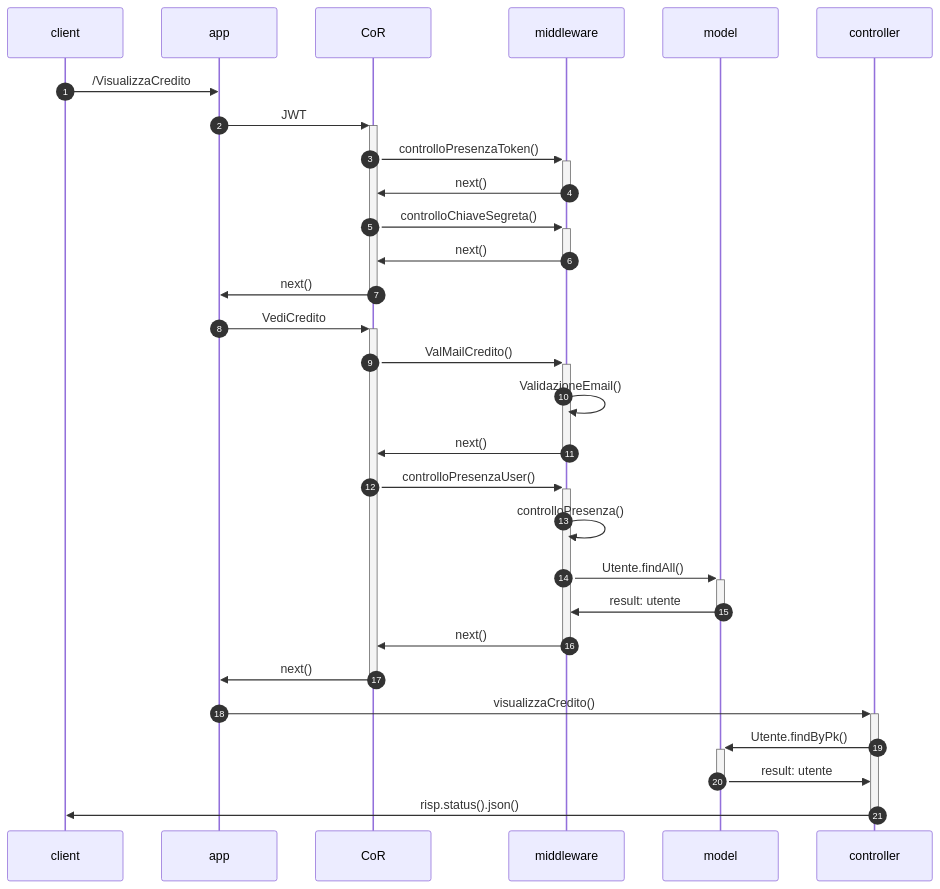
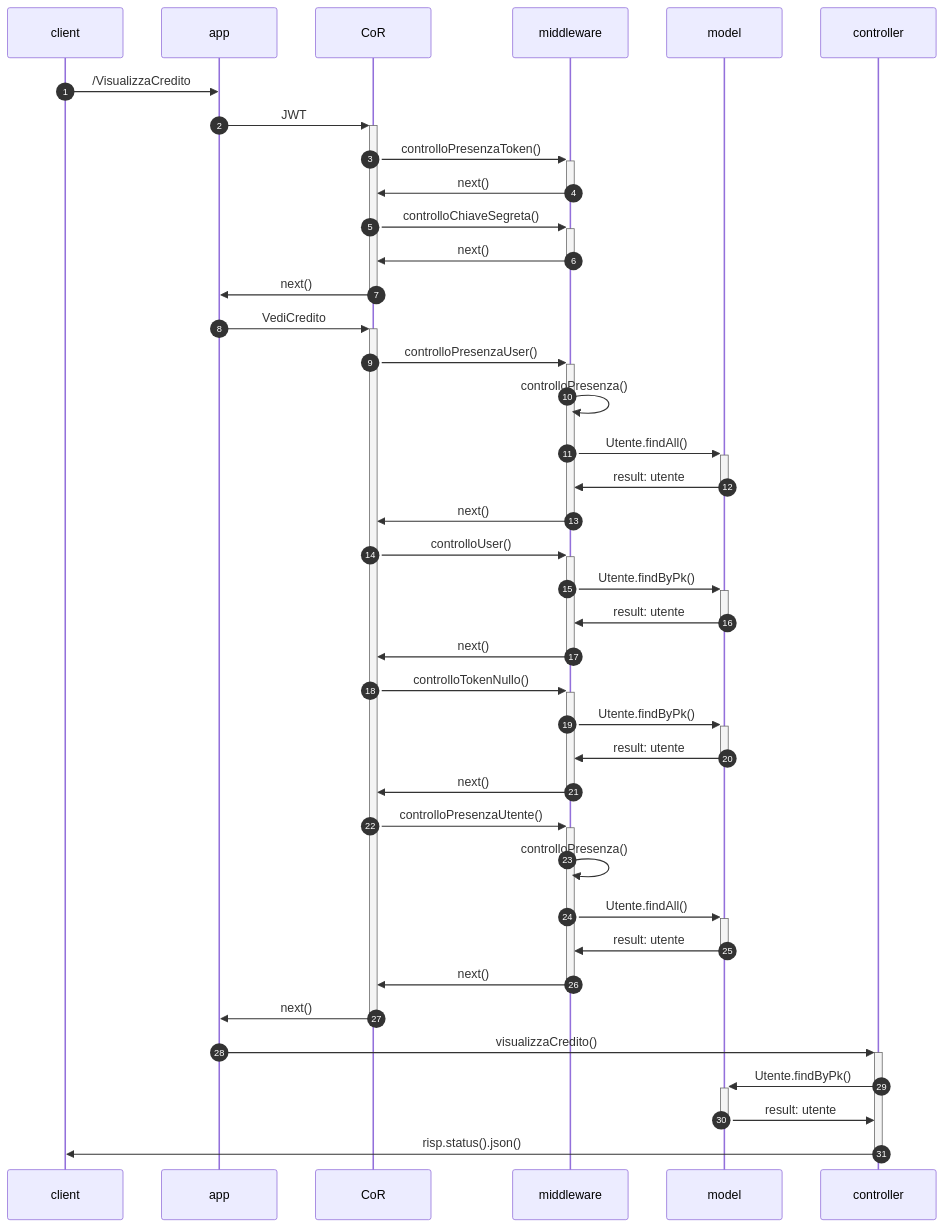
The eighth of 11 diagrams in README.md (MargheritaGaleazzi/AcquistoBeniStorici-Progetto-PA), drawn with Mermaid before and after one commit.

````diff
--- a/README.md
+++ b/README.md
@@ -510,25 +510,35 @@
 ```mermaid
 sequenceDiagram
 autonumber
 client ->> app: /VisualizzaCredito
 app ->>+ CoR: JWT
 CoR ->>+ middleware: controlloPresenzaToken()
 middleware ->>- CoR:  next()
 CoR ->>+ middleware: controlloChiaveSegreta()
 middleware ->>- CoR:  next()
 CoR ->>- app : next()
 app ->>+ CoR: VediCredito
-CoR ->>+ middleware: ValMailCredito()
-middleware ->> middleware: ValidazioneEmail()
+CoR ->>+ middleware: controlloPresenzaUser()
+middleware ->> middleware: controlloPresenza()
+middleware ->>+ model: Utente.findAll()
+model ->>- middleware: result: utente
 middleware ->>- CoR:  next()
-CoR ->>+ middleware: controlloPresenzaUser()
+CoR ->>+ middleware: controlloUser()
+middleware ->>+ model: Utente.findByPk()
+model ->>- middleware: result: utente
+middleware ->>- CoR:  next()
+CoR ->>+ middleware: controlloTokenNullo()
+middleware ->>+ model: Utente.findByPk()
+model ->>- middleware: result: utente
+middleware ->>- CoR:  next()
+CoR ->>+ middleware: controlloPresenzaUtente()
 middleware ->> middleware: controlloPresenza()
 middleware ->>+ model: Utente.findAll()
 model ->>- middleware: result: utente
 middleware ->>- CoR:  next()
 CoR ->>- app : next()
 app ->>+ controller: visualizzaCredito()
 controller ->>+ model: Utente.findByPk()
 model ->>- controller: result: utente
 controller ->>- client:  risp.status().json()
 ```
````
